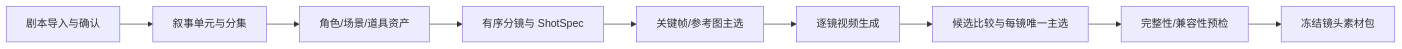
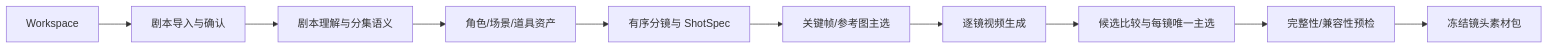
Before and after one commit to StephenQiu30/lanverse: the diagram in docs/requirement/001-当前核心产品需求总览.md, drawn with Mermaid. The commit also changed other lines of this file and 26 other files, not shown here.

````diff
--- a/docs/requirement/001-当前核心产品需求总览.md
+++ b/docs/requirement/001-当前核心产品需求总览.md
@@ -76,11 +76,12 @@
 ```mermaid
 flowchart LR
-    A["剧本导入与确认"] --> B["叙事单元与分集"]
+    W["Workspace"] --> A["剧本导入与确认"]
+    A["剧本导入与确认"] --> B["剧本理解与分集语义"]
     B --> C["角色/场景/道具资产"]
     C --> D["有序分镜与 ShotSpec"]
     D --> E["关键帧/参考图主选"]
     E --> F["逐镜视频生成"]
     F --> G["候选比较与每镜唯一主选"]
     G --> H["完整性/兼容性预检"]
     H --> I["冻结镜头素材包"]
 ```
````
